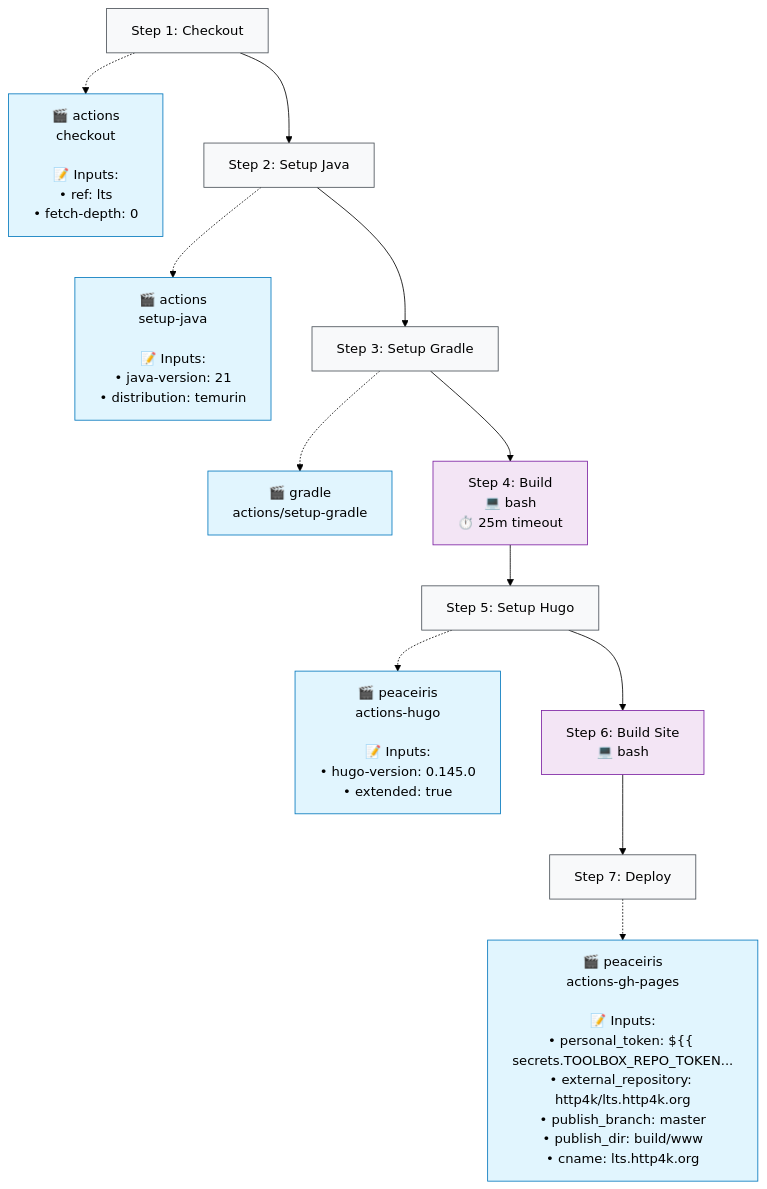
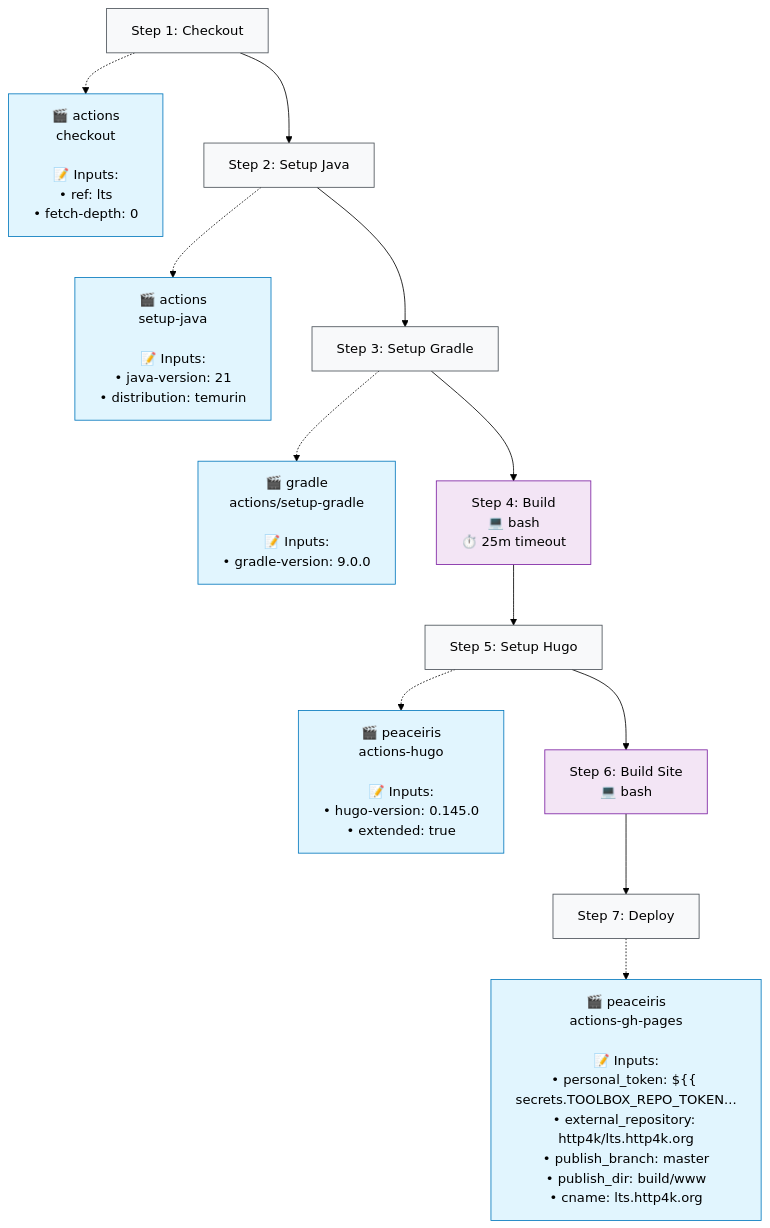
The second of 2 diagrams in .github/typeflows/build-lts/README.md (http4k/www), drawn with Mermaid (forest theme) before and after one commit. The commit also changed 6 other files, not shown here.

````diff
--- a/.github/typeflows/build-lts/README.md
+++ b/.github/typeflows/build-lts/README.md
@@ -25,39 +25,39 @@
 ```mermaid
 %%{init: {"flowchart": {"curve": "basis"}}}%%
 flowchart TD
     step1["Step 1: Checkout"]
     style step1 fill:#f8f9fa,stroke:#495057
     action1["🎬 actions<br/>checkout<br/><br/>📝 Inputs:<br/>• ref: lts<br/>• fetch-depth: 0"]
     style action1 fill:#e1f5fe,stroke:#0277bd
     step1 -.-> action1
     step2["Step 2: Setup Java"]
     style step2 fill:#f8f9fa,stroke:#495057
     action2["🎬 actions<br/>setup-java<br/><br/>📝 Inputs:<br/>• java-version: 21<br/>• distribution: temurin"]
     style action2 fill:#e1f5fe,stroke:#0277bd
     step2 -.-> action2
     step1 --> step2
     step3["Step 3: Setup Gradle"]
     style step3 fill:#f8f9fa,stroke:#495057
-    action3["🎬 gradle<br/>actions/setup-gradle"]
+    action3["🎬 gradle<br/>actions/setup-gradle<br/><br/>📝 Inputs:<br/>• gradle-version: 9.0.0"]
     style action3 fill:#e1f5fe,stroke:#0277bd
     step3 -.-> action3
     step2 --> step3
     step4["Step 4: Build<br/>💻 bash<br/>⏱️ 25m timeout"]
     style step4 fill:#f3e5f5,stroke:#7b1fa2
     step3 --> step4
     step5["Step 5: Setup Hugo"]
     style step5 fill:#f8f9fa,stroke:#495057
     action5["🎬 peaceiris<br/>actions-hugo<br/><br/>📝 Inputs:<br/>• hugo-version: 0.145.0<br/>• extended: true"]
     style action5 fill:#e1f5fe,stroke:#0277bd
     step5 -.-> action5
     step4 --> step5
     step6["Step 6: Build Site<br/>💻 bash"]
     style step6 fill:#f3e5f5,stroke:#7b1fa2
     step5 --> step6
     step7["Step 7: Deploy"]
     style step7 fill:#f8f9fa,stroke:#495057
     action7["🎬 peaceiris<br/>actions-gh-pages<br/><br/>📝 Inputs:<br/>• personal_token: ${{ secrets.TOOLBOX_REPO_TOKEN...<br/>• external_repository: http4k/lts.http4k.org<br/>• publish_branch: master<br/>• publish_dir: build/www<br/>• cname: lts.http4k.org"]
     style action7 fill:#e1f5fe,stroke:#0277bd
     step7 -.-> action7
     step6 --> step7
 ```
````
